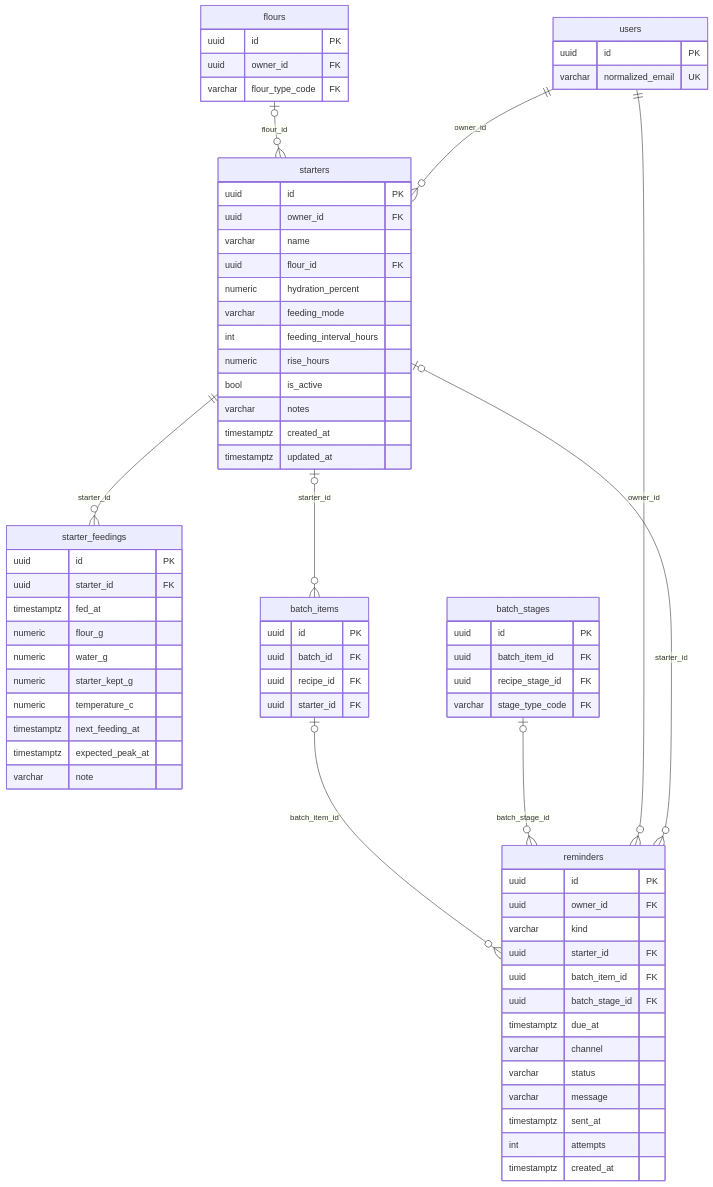
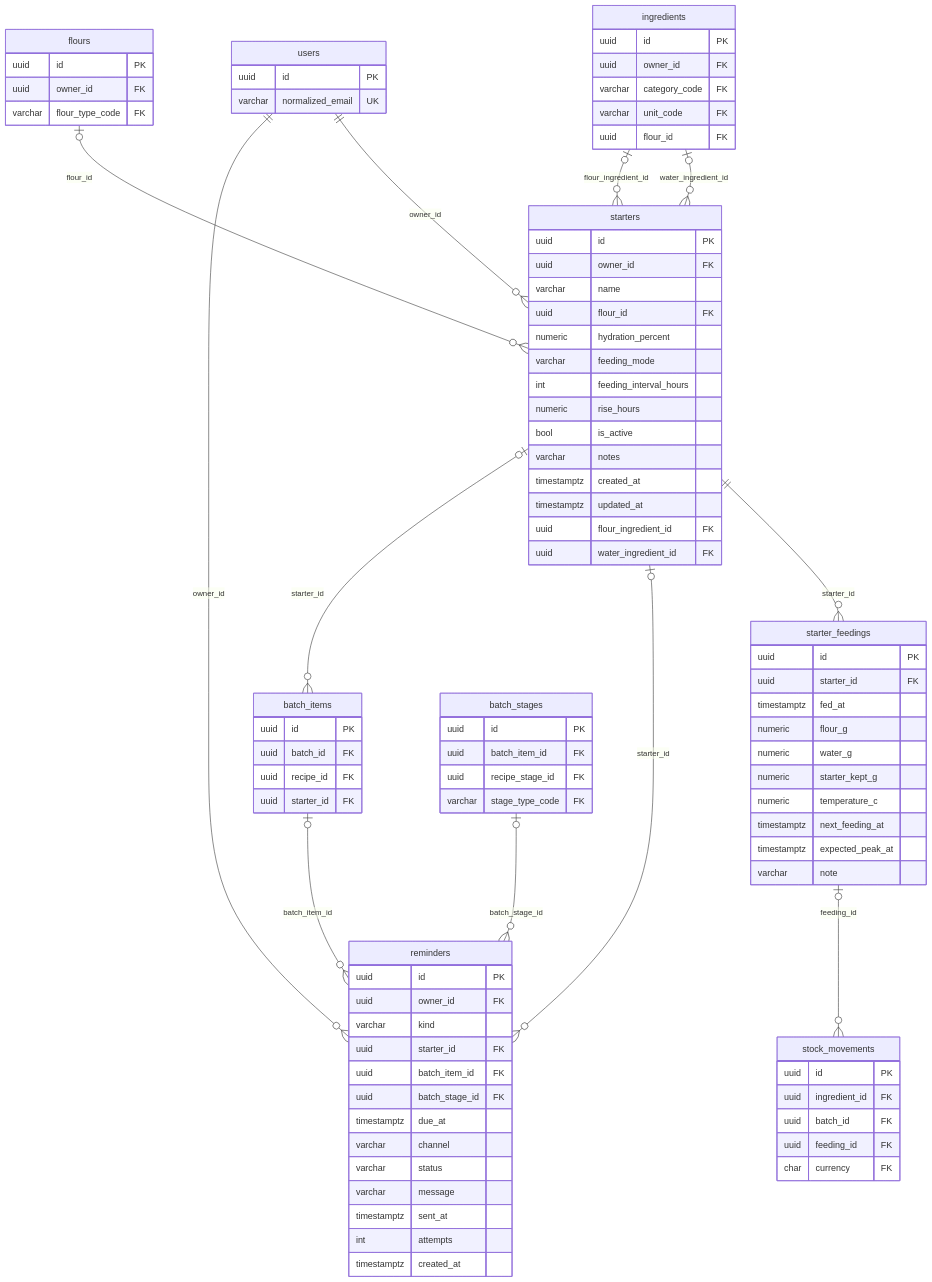
The fifth of 8 diagrams in docs/db/logical-schema.md (fedokgeniy/OneLoaf-BackEnd), drawn with Mermaid before and after one commit. The commit also changed other lines of this file and 133 other files, not shown here.

Commit message:
Regenerate the API reference, the DDL script and the database documentation for the ingredient stock and describe the new screens and flows

````diff
--- a/docs/db/logical-schema.md
+++ b/docs/db/logical-schema.md
@@ -381,6 +425,8 @@
         varchar notes
         timestamptz created_at
         timestamptz updated_at
+        uuid flour_ingredient_id FK
+        uuid water_ingredient_id FK
     }
     batch_items {
         uuid id PK
@@ -399,6 +445,20 @@
         uuid owner_id FK
         varchar flour_type_code FK
     }
+    ingredients {
+        uuid id PK
+        uuid owner_id FK
+        varchar category_code FK
+        varchar unit_code FK
+        uuid flour_id FK
+    }
+    stock_movements {
+        uuid id PK
+        uuid ingredient_id FK
+        uuid batch_id FK
+        uuid feeding_id FK
+        char currency FK
+    }
     users {
         uuid id PK
         varchar normalized_email UK
@@ -410,5 +470,8 @@
     starters |o--o{ reminders : "starter_id"
     starters ||--o{ starter_feedings : "starter_id"
     flours |o--o{ starters : "flour_id"
+    ingredients |o--o{ starters : "flour_ingredient_id"
     users ||--o{ starters : "owner_id"
+    ingredients |o--o{ starters : "water_ingredient_id"
+    starter_feedings |o--o{ stock_movements : "feeding_id"
 ```
````
